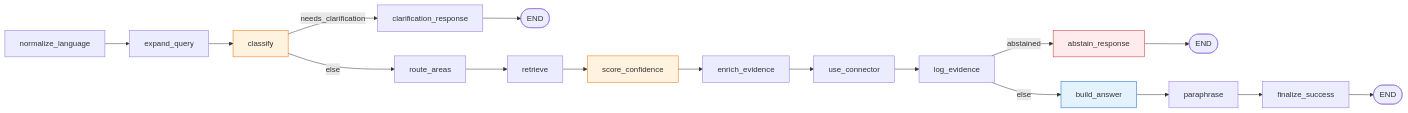
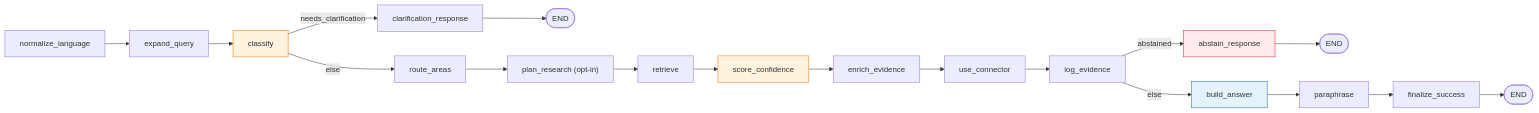
One commit to Keerthana9447/sutradhara changed the second of 6 diagrams in README.md. Above: the diagram before and after it, drawn with Mermaid. The commit also changed other lines of this file and 17 other files, not shown here.

````diff
--- a/README.md
+++ b/README.md
@@ -150,14 +159,14 @@
 ```mermaid
 flowchart LR
     A["normalize_language"] --> B["expand_query"] --> C["classify"]
     C -->|"needs_clarification"| CR["clarification_response"] --> END1(["END"])
-    C -->|"else"| D["route_areas"] --> E["retrieve"] --> F["score_confidence"]
+    C -->|"else"| D["route_areas"] --> P["plan_research (opt-in)"] --> E["retrieve"] --> F["score_confidence"]
     F --> G["enrich_evidence"] --> H["use_connector"] --> I["log_evidence"]
     I -->|"abstained"| AB["abstain_response"] --> END2(["END"])
     I -->|"else"| J["build_answer"] --> K["paraphrase"] --> L["finalize_success"] --> END3(["END"])
 
     style C fill:#fff3e0,stroke:#ef6c00
     style F fill:#fff3e0,stroke:#ef6c00
     style J fill:#e3f2fd,stroke:#1565c0
     style AB fill:#ffebee,stroke:#c62828
 ```
````
